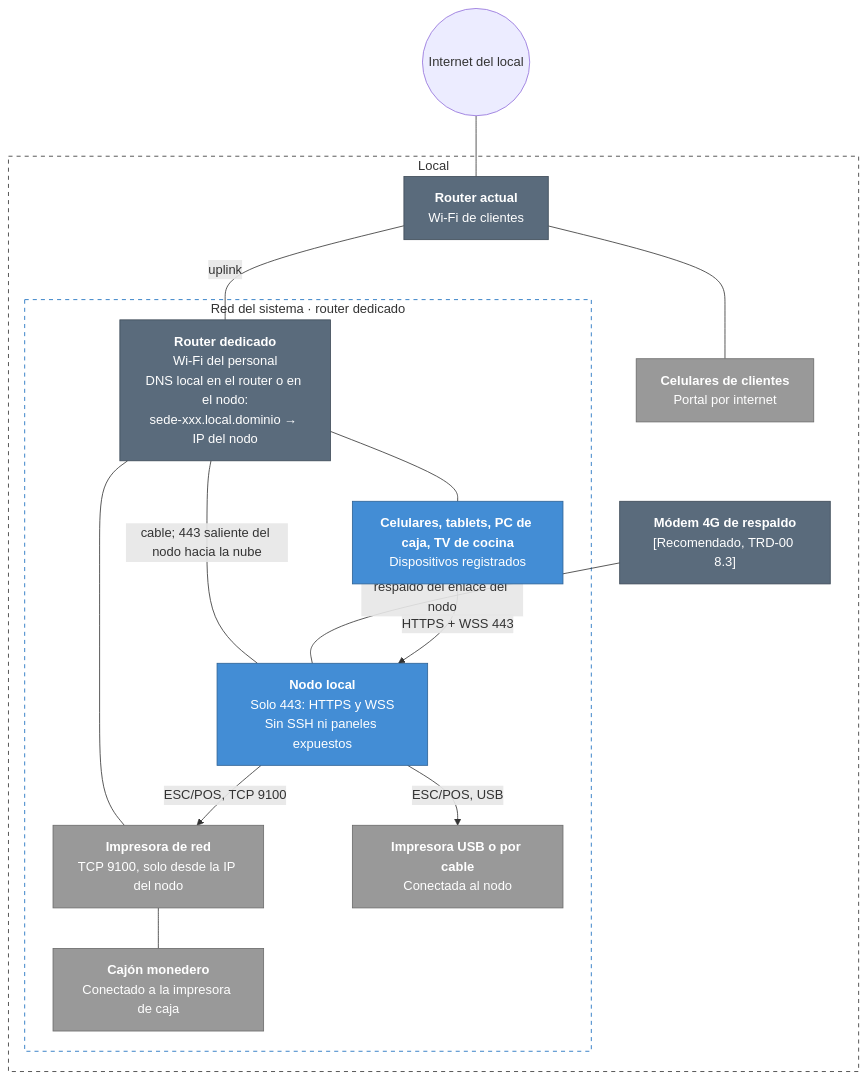
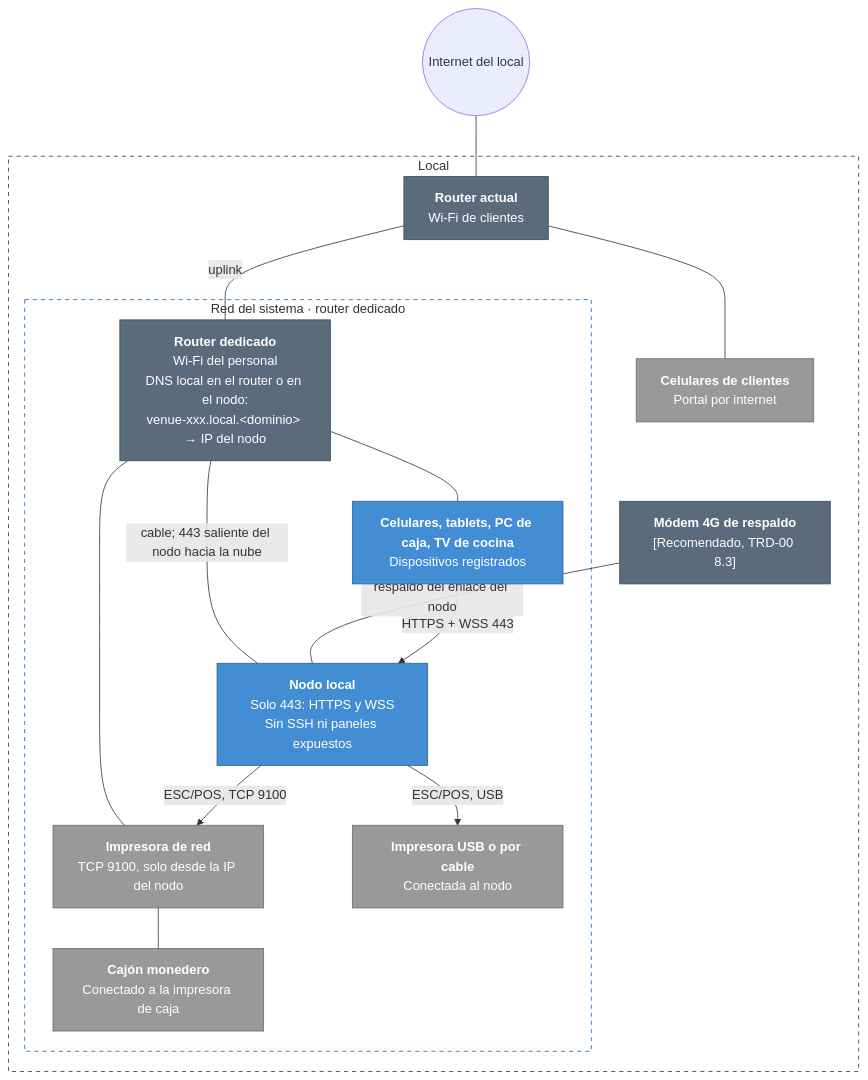
The third of 10 diagrams in docs/arquitectura/infraestructura-y-comunicacion.md (CesarJOtizM/blackHole), drawn with Mermaid before and after one commit. The commit also changed other lines of this file and 159 other files, not shown here.

````diff
--- a/docs/arquitectura/infraestructura-y-comunicacion.md
+++ b/docs/arquitectura/infraestructura-y-comunicacion.md
@@ -175,38 +176,38 @@
 ```mermaid
 flowchart TB
   ISP(("Internet del local"))
 
   subgraph Local["Local"]
     M4G["<b>Módem 4G de respaldo</b><br/>[Recomendado, TRD-00 8.3]"]:::infra
     RACT["<b>Router actual</b><br/>Wi-Fi de clientes"]:::infra
     CEL["<b>Celulares de clientes</b><br/>Portal por internet"]:::externo
 
     subgraph Sistema["Red del sistema · router dedicado"]
-      RDED["<b>Router dedicado</b><br/>Wi-Fi del personal<br/>DNS local en el router o en el nodo:<br/>sede-xxx.local.dominio → IP del nodo"]:::infra
+      RDED["<b>Router dedicado</b><br/>Wi-Fi del personal<br/>DNS local en el router o en el nodo:<br/>venue-xxx.local.&lt;dominio&gt; → IP del nodo"]:::infra
       NODO["<b>Nodo local</b><br/>Solo 443: HTTPS y WSS<br/>Sin SSH ni paneles expuestos"]:::contenedor
       DEV["<b>Celulares, tablets, PC de caja, TV de cocina</b><br/>Dispositivos registrados"]:::contenedor
       IMPR["<b>Impresora de red</b><br/>TCP 9100, solo desde la IP del nodo"]:::externo
       IMPU["<b>Impresora USB o por cable</b><br/>Conectada al nodo"]:::externo
       CAJ["<b>Cajón monedero</b><br/>Conectado a la impresora de caja"]:::externo
     end
   end
 
   ISP --- RACT
   RACT --- CEL
   RACT -- "uplink" --- RDED
   RDED -- "cable; 443 saliente del nodo hacia la nube" --- NODO
   RDED --- DEV
   RDED --- IMPR
   IMPR --- CAJ
   M4G -- "respaldo del enlace del nodo" --- NODO
 
   DEV -- "HTTPS + WSS 443" --> NODO
   NODO -- "ESC/POS, TCP 9100" --> IMPR
   NODO -- "ESC/POS, USB" --> IMPU
 
   classDef contenedor fill:#438dd5,stroke:#2e6295,color:#fff
   classDef externo fill:#999999,stroke:#6b6b6b,color:#fff
   classDef infra fill:#5a6b7c,stroke:#3d4a57,color:#fff
   style Local fill:none,stroke:#333,stroke-dasharray: 5 5
   style Sistema fill:none,stroke:#1168bd,stroke-dasharray: 5 5
 ```
````
